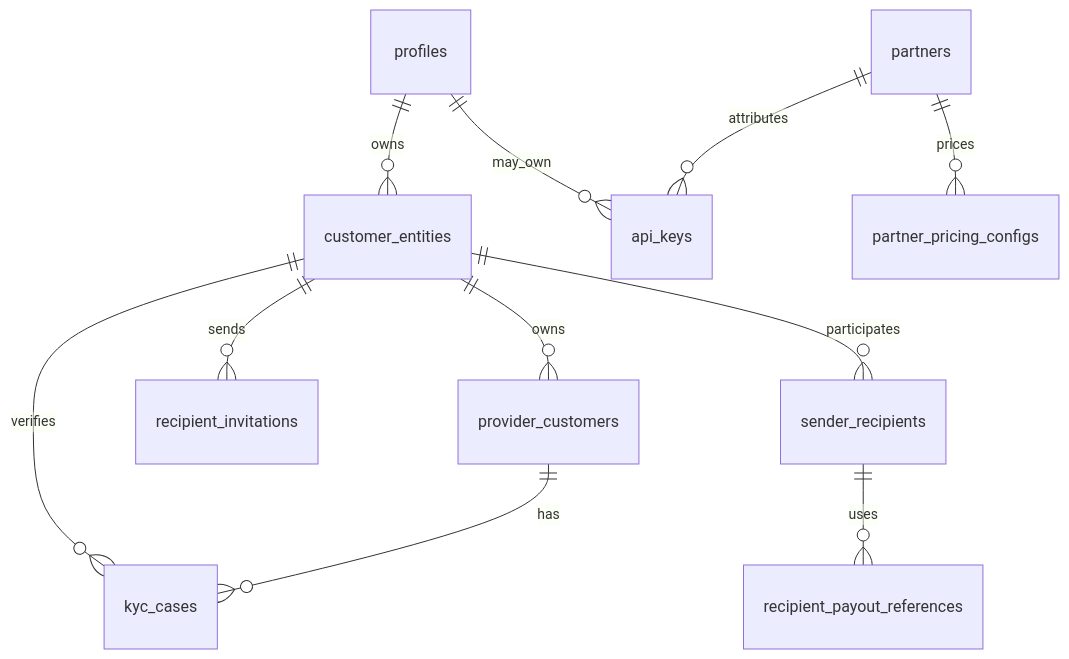
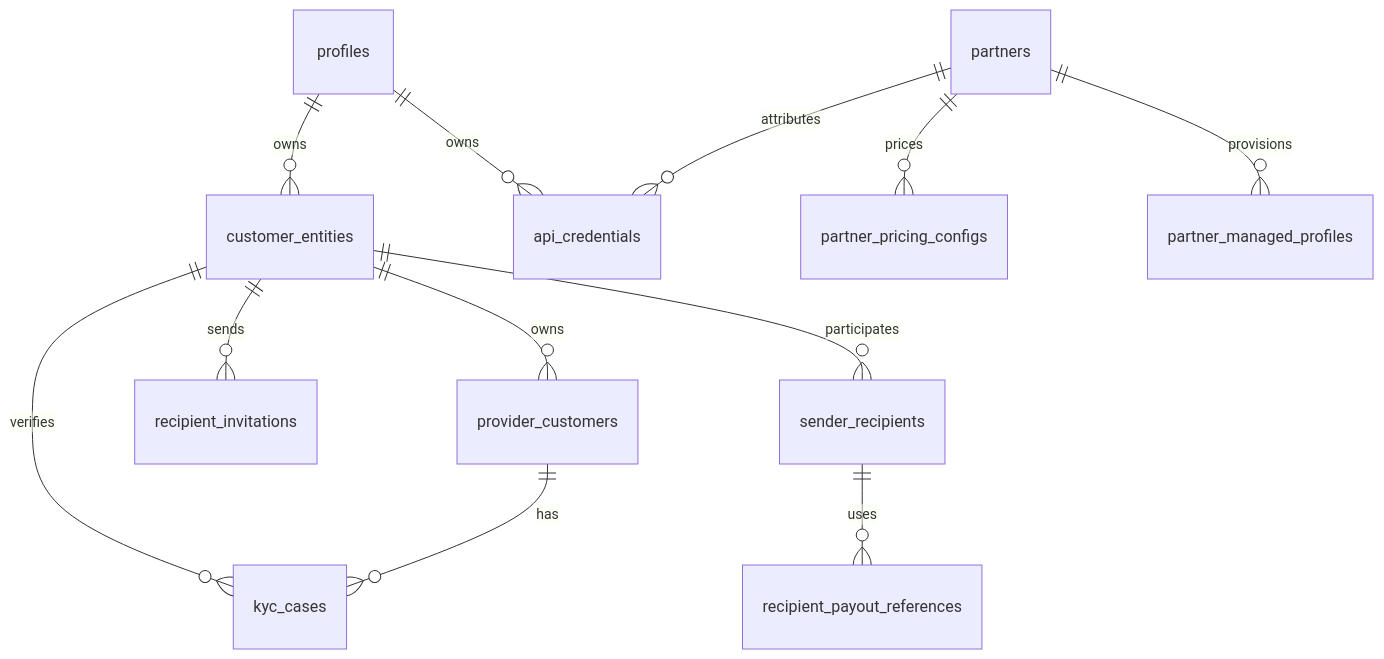
The diagram in docs/architecture-identity-model.md (pendulum-chain/vortex), drawn with Mermaid before and after one commit. The commit also changed other lines of this file and 1 other file, not shown here.

First line of the commit message:
docs(repo): reconcile identity model and cleanup report with shipped schema

````diff
--- a/docs/architecture-identity-model.md
+++ b/docs/architecture-identity-model.md
@@ -22,13 +22,14 @@
 ```mermaid
 erDiagram
     profiles ||--o{ customer_entities : owns
-    profiles ||--o{ api_keys : may_own
+    profiles ||--o{ api_credentials : owns
     customer_entities ||--o{ provider_customers : owns
     customer_entities ||--o{ kyc_cases : verifies
     provider_customers ||--o{ kyc_cases : has
     partners ||--o{ partner_pricing_configs : prices
-    partners ||--o{ api_keys : attributes
+    partners ||--o{ api_credentials : attributes
+    partners ||--o{ partner_managed_profiles : provisions
     customer_entities ||--o{ recipient_invitations : sends
     customer_entities ||--o{ sender_recipients : participates
     sender_recipients ||--o{ recipient_payout_references : uses
 ```
````
